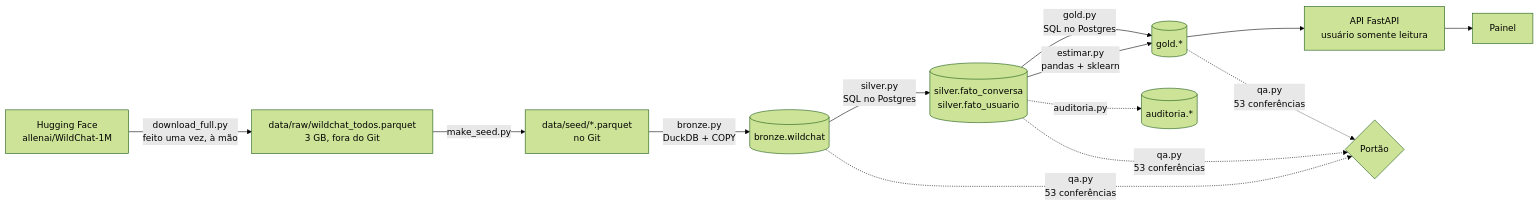
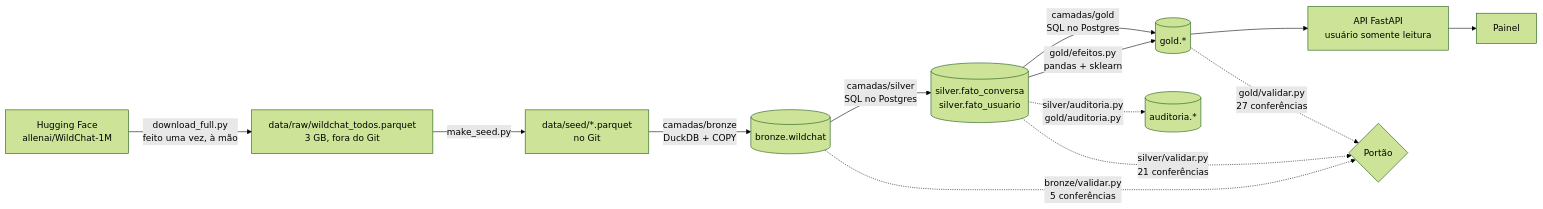
The diagram in docs/CAMADAS_BRONZE_A_GOLD.md (alphaonix/Acaso), drawn with Mermaid (forest theme) before and after one commit. The commit also changed other lines of this file and 53 other files, not shown here.

Commit message:
ETL reorganizado por camada: camadas/bronze|silver|gold (limpar, construir, auditar, validar, LEIA-ME), comum/ e semente/; main.py vira a receita; validacao ao fim de cada camada

````diff
--- a/docs/CAMADAS_BRONZE_A_GOLD.md
+++ b/docs/CAMADAS_BRONZE_A_GOLD.md
@@ -27,13 +27,15 @@
 ```mermaid
 flowchart LR
   HF[Hugging Face<br/>allenai/WildChat-1M] -->|download_full.py<br/>feito uma vez, à mão| RAW[data/raw/wildchat_todos.parquet<br/>3 GB, fora do Git]
   RAW -->|make_seed.py| SEED[data/seed/*.parquet<br/>no Git]
-  SEED -->|bronze.py<br/>DuckDB + COPY| B[(bronze.wildchat)]
-  B -->|silver.py<br/>SQL no Postgres| S[(silver.fato_conversa<br/>silver.fato_usuario)]
-  S -->|gold.py<br/>SQL no Postgres| G[(gold.*)]
-  S -->|estimar.py<br/>pandas + sklearn| G
+  SEED -->|camadas/bronze<br/>DuckDB + COPY| B[(bronze.wildchat)]
+  B -->|camadas/silver<br/>SQL no Postgres| S[(silver.fato_conversa<br/>silver.fato_usuario)]
+  S -->|camadas/gold<br/>SQL no Postgres| G[(gold.*)]
+  S -->|gold/efeitos.py<br/>pandas + sklearn| G
   G --> API[API FastAPI<br/>usuário somente leitura]
   API --> WEB[Painel]
-  S -.->|auditoria.py| A[(auditoria.*)]
-  B & S & G -.->|qa.py<br/>53 conferências| Q{Portão}
+  S -.->|silver/auditoria.py<br/>gold/auditoria.py| A[(auditoria.*)]
+  B -.->|bronze/validar.py<br/>5 conferências| Q{Portão}
+  S -.->|silver/validar.py<br/>21 conferências| Q
+  G -.->|gold/validar.py<br/>27 conferências| Q
 ```
````
